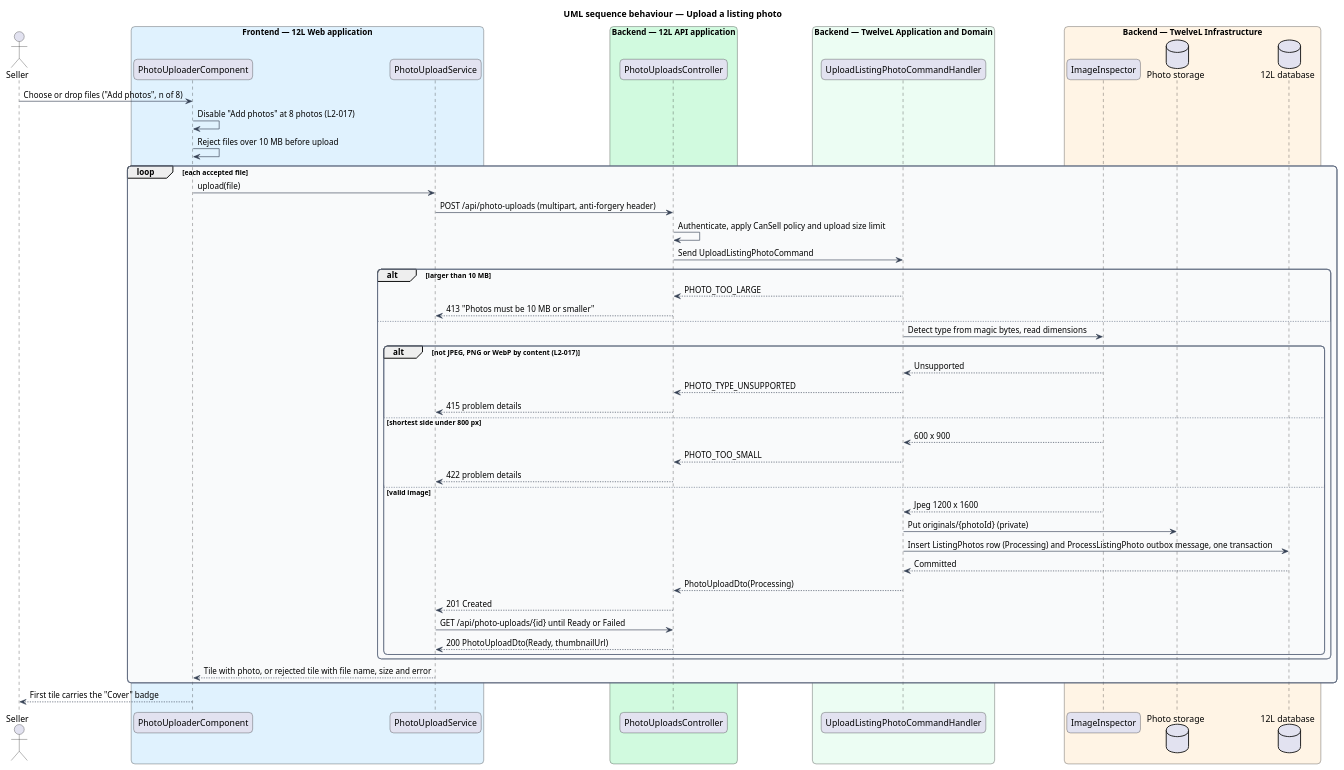
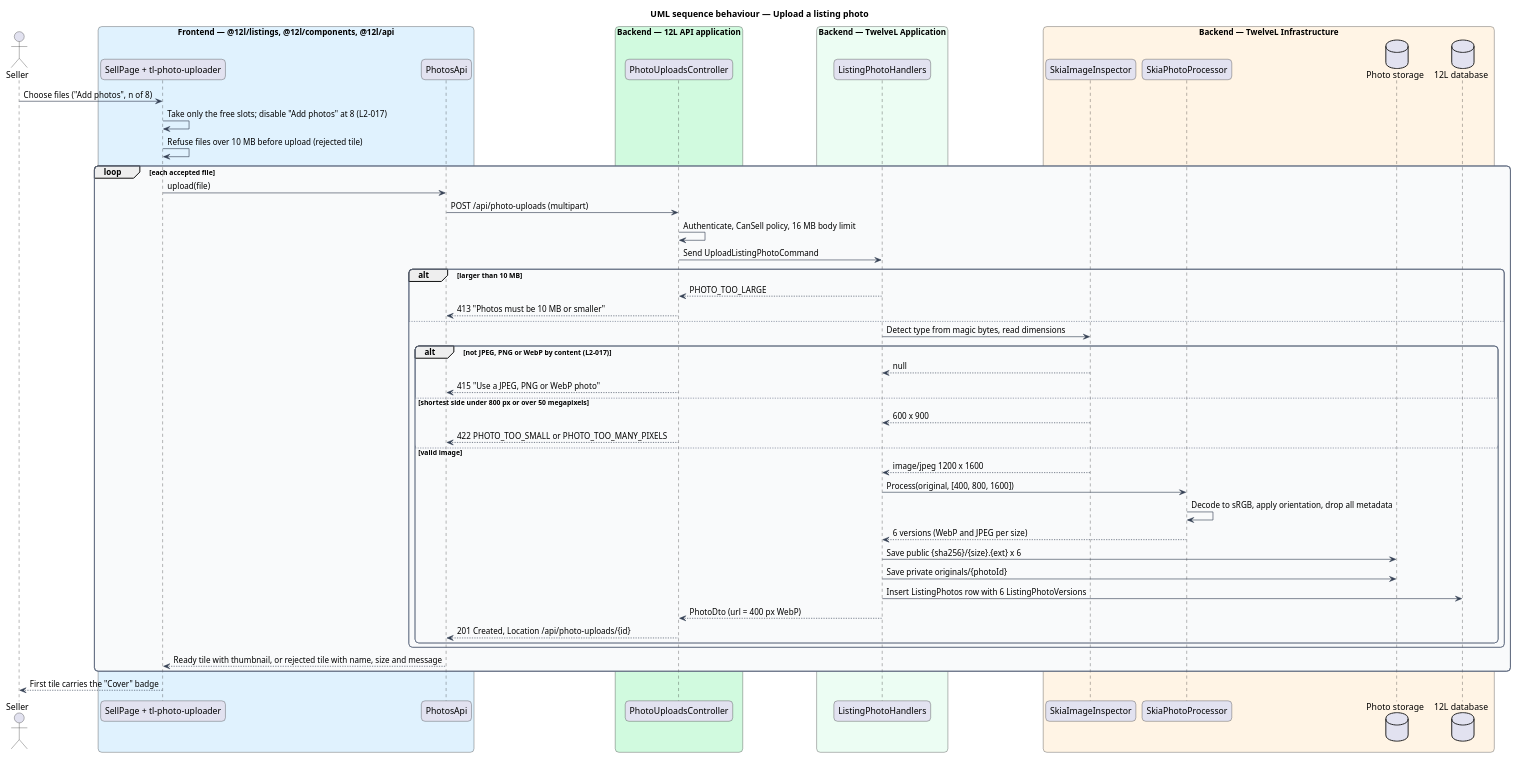
The diagram in docs/detailed-designs/listings/upload-listing-photos/diagrams/sequence-upload-photo.puml (QuinntyneBrown/12l), drawn with PlantUML before and after one commit. The commit also changed 57 other files, not shown here.

Commit message:
Document upload-listing-photos: design, ADRs, design system, composition, estimates

```diff
--- a/docs/detailed-designs/listings/upload-listing-photos/diagrams/sequence-upload-photo.puml
+++ b/docs/detailed-designs/listings/upload-listing-photos/diagrams/sequence-upload-photo.puml
@@ -1,68 +1,68 @@
 @startuml
 title UML sequence behaviour — Upload a listing photo
 skinparam backgroundColor #FFFFFF
 skinparam shadowing false
 skinparam roundcorner 12
 skinparam defaultFontName Arial
 skinparam ArrowColor #344054
 skinparam rectangle {
   BorderColor #344054
   FontColor #101828
 }
 skinparam package {
   BorderColor #667085
   FontColor #101828
   BackgroundColor #F9FAFB
 }
 actor "Seller" as actor
-box "Frontend — 12L Web application" #E0F2FE
-  participant "PhotoUploaderComponent" as up
-  participant "PhotoUploadService" as client
+box "Frontend — @12l/listings, @12l/components, @12l/api" #E0F2FE
+  participant "SellPage + tl-photo-uploader" as up
+  participant "PhotosApi" as client
 end box
 box "Backend — 12L API application" #D1FADF
   participant "PhotoUploadsController" as controller
 end box
-box "Backend — TwelveL Application and Domain" #ECFDF3
-  participant "UploadListingPhotoCommandHandler" as handler
+box "Backend — TwelveL Application" #ECFDF3
+  participant "ListingPhotoHandlers" as handler
 end box
 box "Backend — TwelveL Infrastructure" #FFF4E5
-  participant "ImageInspector" as inspector
+  participant "SkiaImageInspector" as inspector
+  participant "SkiaPhotoProcessor" as processor
   database "Photo storage" as storage
   database "12L database" as db
 end box
-actor -> up : Choose or drop files ("Add photos", n of 8)
-up -> up : Disable "Add photos" at 8 photos (L2-017)
-up -> up : Reject files over 10 MB before upload
+actor -> up : Choose files ("Add photos", n of 8)
+up -> up : Take only the free slots; disable "Add photos" at 8 (L2-017)
+up -> up : Refuse files over 10 MB before upload (rejected tile)
 loop each accepted file
   up -> client : upload(file)
-  client -> controller : POST /api/photo-uploads (multipart, anti-forgery header)
-  controller -> controller : Authenticate, apply CanSell policy and upload size limit
+  client -> controller : POST /api/photo-uploads (multipart)
+  controller -> controller : Authenticate, CanSell policy, 16 MB body limit
   controller -> handler : Send UploadListingPhotoCommand
   alt larger than 10 MB
     handler --> controller : PHOTO_TOO_LARGE
     controller --> client : 413 "Photos must be 10 MB or smaller"
   else
     handler -> inspector : Detect type from magic bytes, read dimensions
     alt not JPEG, PNG or WebP by content (L2-017)
-      inspector --> handler : Unsupported
-      handler --> controller : PHOTO_TYPE_UNSUPPORTED
-      controller --> client : 415 problem details
-    else shortest side under 800 px
+      inspector --> handler : null
+      controller --> client : 415 "Use a JPEG, PNG or WebP photo"
+    else shortest side under 800 px or over 50 megapixels
       inspector --> handler : 600 x 900
-      handler --> controller : PHOTO_TOO_SMALL
-      controller --> client : 422 problem details
+      controller --> client : 422 PHOTO_TOO_SMALL or PHOTO_TOO_MANY_PIXELS
     else valid image
-      inspector --> handler : Jpeg 1200 x 1600
-      handler -> storage : Put originals/{photoId} (private)
-      handler -> db : Insert ListingPhotos row (Processing) and ProcessListingPhoto outbox message, one transaction
-      db --> handler : Committed
-      handler --> controller : PhotoUploadDto(Processing)
-      controller --> client : 201 Created
-      client -> controller : GET /api/photo-uploads/{id} until Ready or Failed
-      controller --> client : 200 PhotoUploadDto(Ready, thumbnailUrl)
+      inspector --> handler : image/jpeg 1200 x 1600
+      handler -> processor : Process(original, [400, 800, 1600])
+      processor -> processor : Decode to sRGB, apply orientation, drop all metadata
+      processor --> handler : 6 versions (WebP and JPEG per size)
+      handler -> storage : Save public {sha256}/{size}.{ext} x 6
+      handler -> storage : Save private originals/{photoId}
+      handler -> db : Insert ListingPhotos row with 6 ListingPhotoVersions
+      handler --> controller : PhotoDto (url = 400 px WebP)
+      controller --> client : 201 Created, Location /api/photo-uploads/{id}
     end
   end
-  client --> up : Tile with photo, or rejected tile with file name, size and error
+  client --> up : Ready tile with thumbnail, or rejected tile with name, size and message
 end
 up --> actor : First tile carries the "Cover" badge
 @enduml
```
